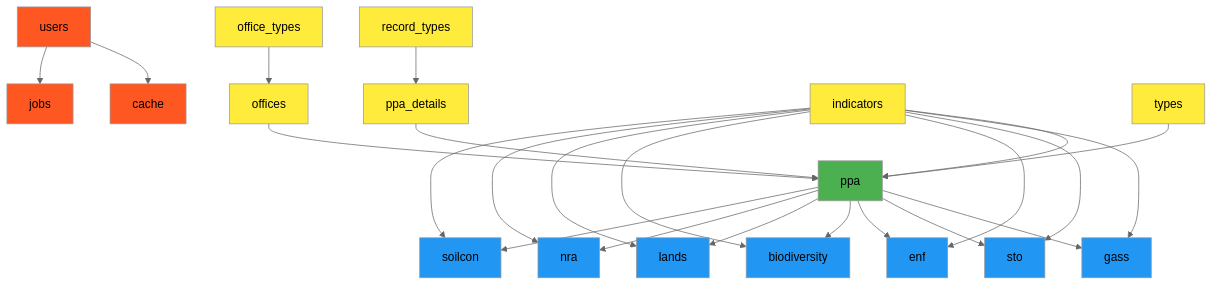
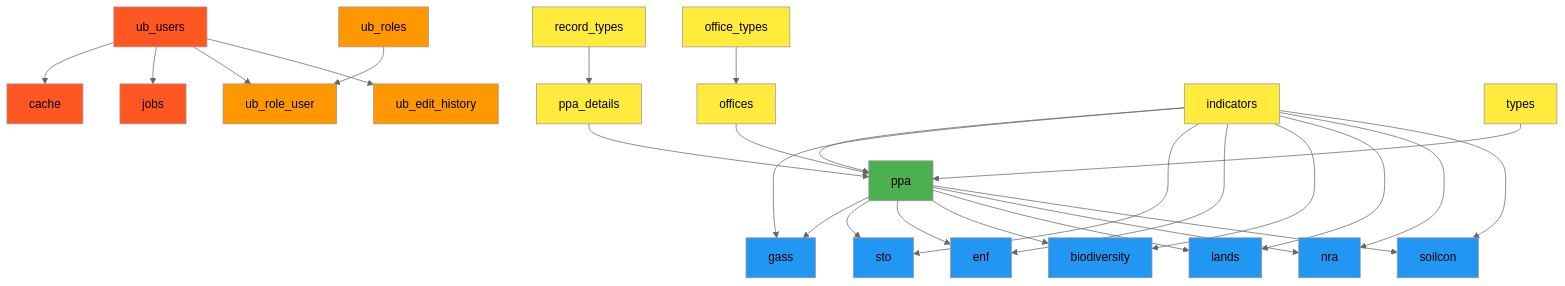
Before and after one commit to brandon3sican/univ_base: diagram 11 of 12 in db-schema-and-diagram.md, drawn with Mermaid (neutral theme). The commit also changed other lines of this file and 3 other files, not shown here.

````diff
--- a/db-schema-and-diagram.md
+++ b/db-schema-and-diagram.md
@@ -552,41 +617,48 @@
 ```mermaid
 graph TD
     %% Laravel System Tables
-    U[users] --> C[cache]
+    U[ub_users] --> C[cache]
     U --> J[jobs]
+    
+    %% Authentication & Audit Tables
+    R[ub_roles] --> RU[ub_role_user]
+    U --> RU
+    U --> EH[ub_edit_history]
     
     %% Foundation Tables
     OT[office_types] --> O[offices]
     RT[record_types] --> PD[ppa_details]
     I[indicators] --> P[ppa]
     T[types] --> P
     PD --> P
     O --> P
     
     %% Module Tables (independent but depend on PPA and indicators)
     P --> GASS[gass]
     P --> STO[sto]
     P --> ENF[enf]
     P --> BIO[biodiversity]
     P --> LAND[lands]
     P --> NRA[nra]
     P --> SOIL[soilcon]
     
     I --> GASS
     I --> STO
     I --> ENF
     I --> BIO
     I --> LAND
     I --> NRA
     I --> SOIL
     
     classDef laravel fill:#ff5722
+    classDef auth fill:#ff9800
     classDef base fill:#ffeb3b
     classDef structure fill:#4caf50
     classDef module fill:#2196f3
     
     class U,C,J laravel
+    class R,RU,EH auth
     class OT,O,RT,PD,I,T base
     class P structure
     class GASS,STO,ENF,BIO,LAND,NRA,SOIL module
 ```
````
